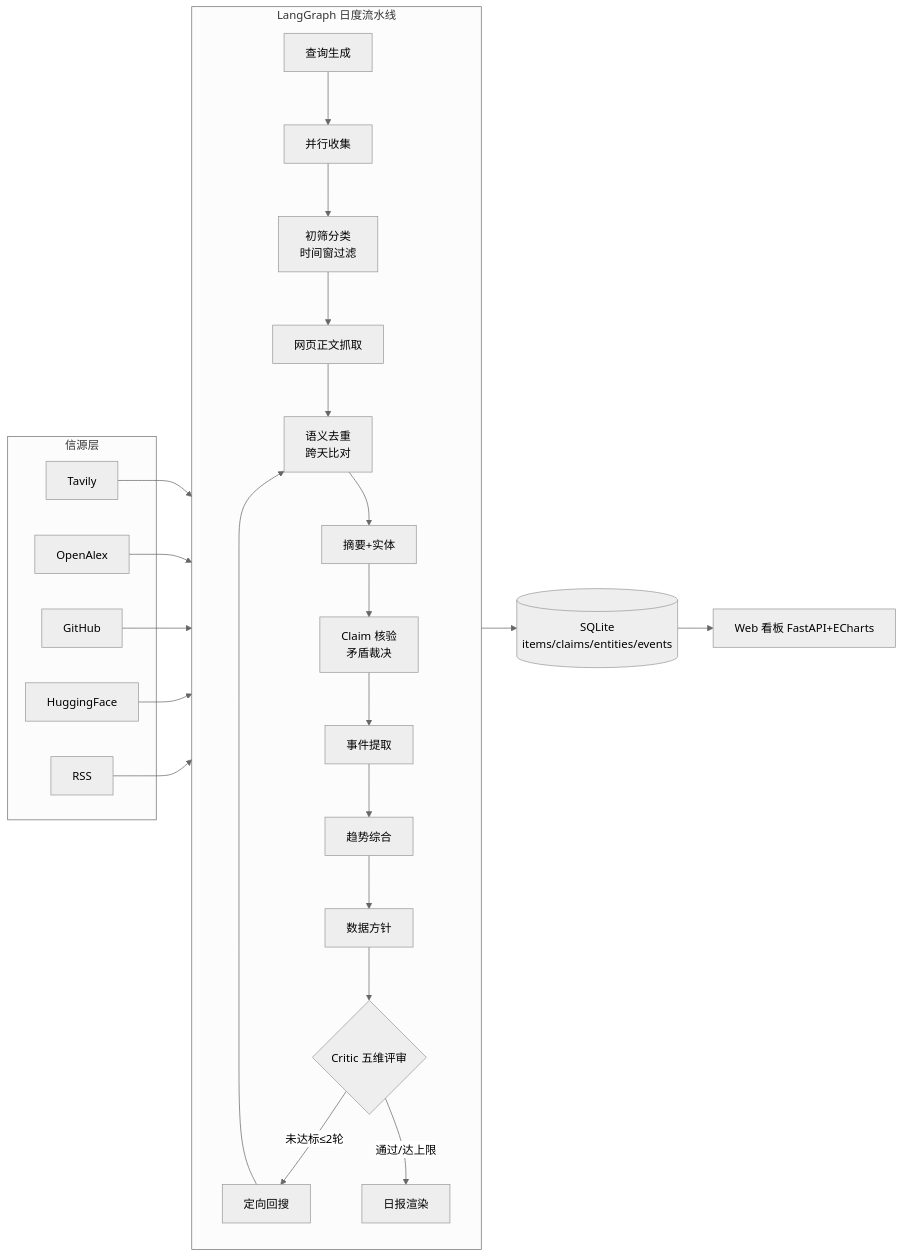
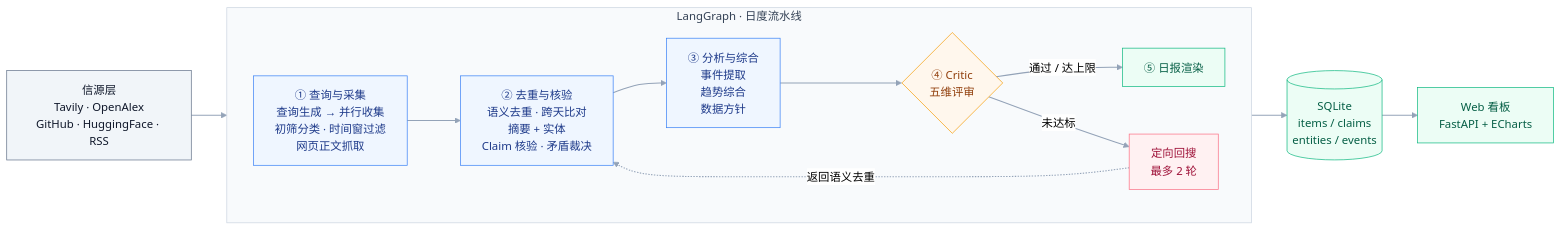
Before and after one commit to xty116/slowdata-intel: the diagram in README.md, drawn with Mermaid (neutral theme).

Commit message:
Update system architecture diagram in README

````diff
--- a/README.md
+++ b/README.md
@@ -50,18 +50,38 @@
 ```mermaid
 flowchart LR
-    subgraph 信源层
-        T[Tavily] & O[OpenAlex] & G[GitHub] & H[HuggingFace] & R[RSS]
+    SRC["信源层<br/>Tavily · OpenAlex<br/>GitHub · HuggingFace · RSS"]
+
+    subgraph PIPE["LangGraph · 日度流水线"]
+        direction LR
+        A["① 查询与采集<br/>查询生成 → 并行收集<br/>初筛分类 · 时间窗过滤<br/>网页正文抓取"]
+        B["② 去重与核验<br/>语义去重 · 跨天比对<br/>摘要 + 实体<br/>Claim 核验 · 矛盾裁决"]
+        C["③ 分析与综合<br/>事件提取<br/>趋势综合<br/>数据方针"]
+        CR{"④ Critic<br/>五维评审"}
+        RS["定向回搜<br/>最多 2 轮"]
+        RP["⑤ 日报渲染"]
+
+        A --> B --> C --> CR
+        CR -->|"通过 / 达上限"| RP
+        CR -->|"未达标"| RS
+        RS -.->|"返回语义去重"| B
     end
-    subgraph 流水线["LangGraph 日度流水线"]
-        direction TB
-        Q[查询生成] --> C[并行收集] --> TR[初筛分类<br/>时间窗过滤] --> F[网页正文抓取]
-        F --> D[语义去重<br/>跨天比对] --> S[摘要+实体] --> V[Claim 核验<br/>矛盾裁决]
-        V --> E[事件提取] --> SY[趋势综合] --> P[数据方针]
-        P --> CR{Critic 五维评审}
-        CR -- 未达标≤2轮 --> RS[定向回搜] --> D
-        CR -- 通过/达上限 --> RP[日报渲染]
-    end
-    T & O & G & H & R --> C
-    RP --> DB[(SQLite<br/>items/claims/entities/events)]
-    DB --> W[Web 看板 FastAPI+ECharts]
+
+    SRC --> A
+    RP --> DB[("SQLite<br/>items / claims<br/>entities / events")]
+    DB --> W["Web 看板<br/>FastAPI + ECharts"]
+
+    classDef source fill:#F1F5F9,stroke:#64748B,color:#0F172A
+    classDef process fill:#EFF6FF,stroke:#3B82F6,color:#1E3A8A
+    classDef review fill:#FFF7ED,stroke:#F59E0B,color:#92400E
+    classDef retry fill:#FFF1F2,stroke:#FB7185,color:#9F1239
+    classDef output fill:#ECFDF5,stroke:#10B981,color:#065F46
+
+    class SRC source
+    class A,B,C process
+    class CR review
+    class RS retry
+    class RP,DB,W output
+
+    style PIPE fill:#F8FAFC,stroke:#CBD5E1,color:#334155
+    linkStyle default stroke:#94A3B8,stroke-width:1.5px
 ```
````
